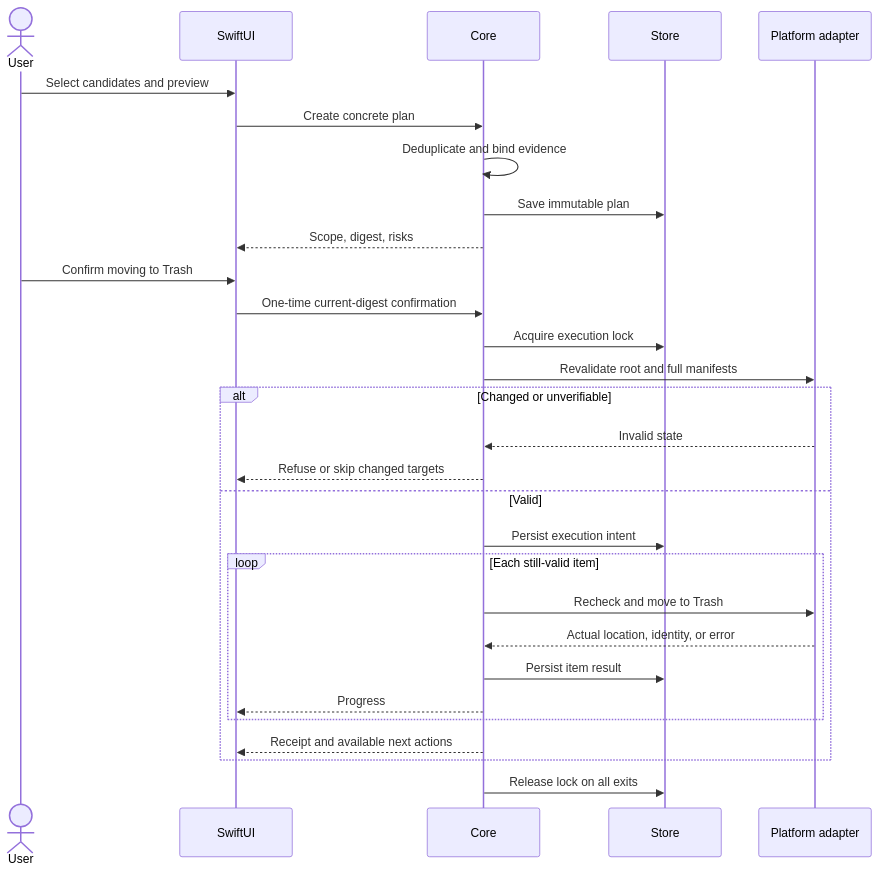
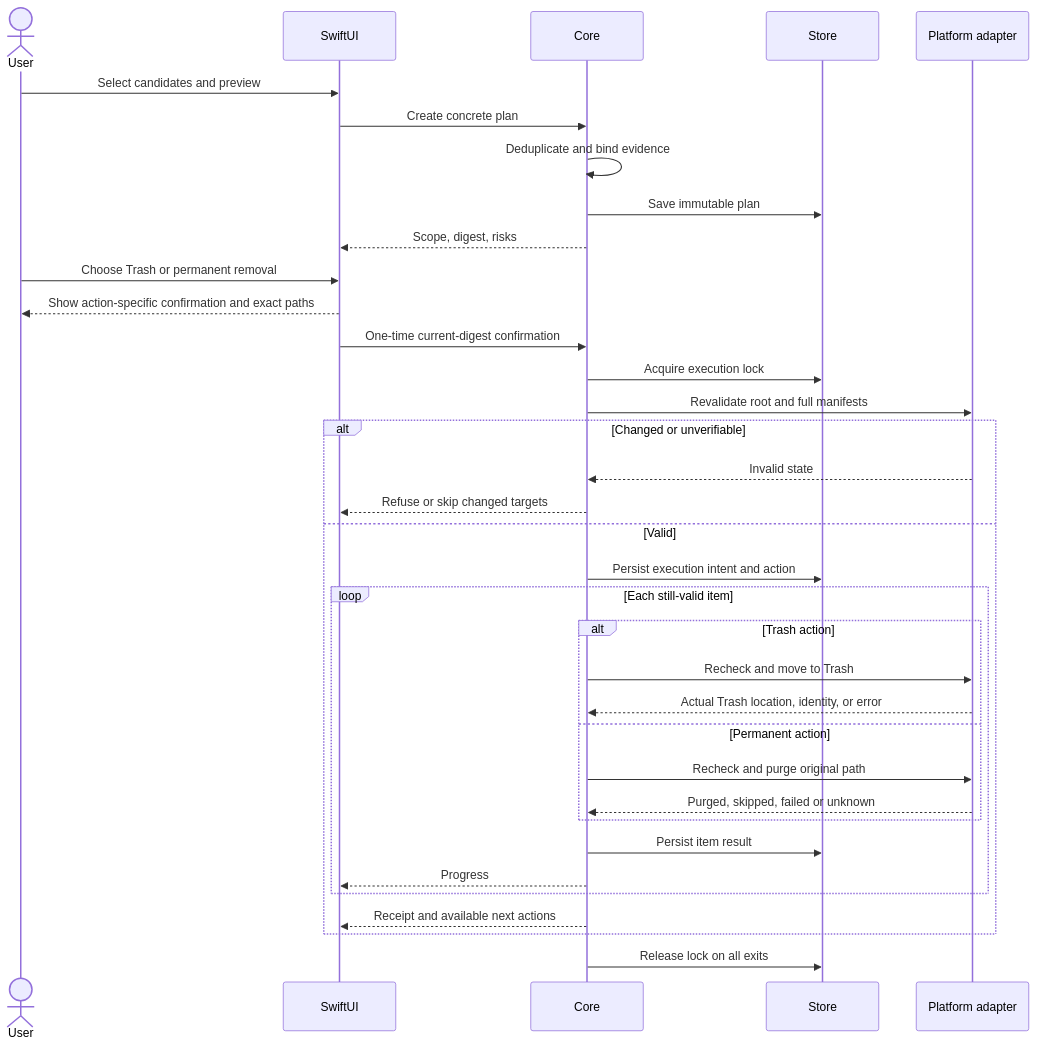
The fifth of 8 diagrams in docs/architecture/workflows-and-sequences.md (limecloud/shou), drawn with Mermaid before and after one commit. The commit also changed other lines of this file and 99 other files, not shown here.

````diff
--- a/docs/architecture/workflows-and-sequences.md
+++ b/docs/architecture/workflows-and-sequences.md
@@ -87,31 +122,37 @@
 ```mermaid
 sequenceDiagram
     actor User
     participant UI as SwiftUI
     participant Core
     participant Store
     participant FS as Platform adapter
     User->>UI: Select candidates and preview
     UI->>Core: Create concrete plan
     Core->>Core: Deduplicate and bind evidence
     Core->>Store: Save immutable plan
     Core-->>UI: Scope, digest, risks
-    User->>UI: Confirm moving to Trash
+    User->>UI: Choose Trash or permanent removal
+    UI-->>User: Show action-specific confirmation and exact paths
     UI->>Core: One-time current-digest confirmation
     Core->>Store: Acquire execution lock
     Core->>FS: Revalidate root and full manifests
     alt Changed or unverifiable
         FS-->>Core: Invalid state
         Core-->>UI: Refuse or skip changed targets
     else Valid
-        Core->>Store: Persist execution intent
+        Core->>Store: Persist execution intent and action
         loop Each still-valid item
-            Core->>FS: Recheck and move to Trash
-            FS-->>Core: Actual location, identity, or error
+            alt Trash action
+                Core->>FS: Recheck and move to Trash
+                FS-->>Core: Actual Trash location, identity, or error
+            else Permanent action
+                Core->>FS: Recheck and purge original path
+                FS-->>Core: Purged, skipped, failed or unknown
+            end
             Core->>Store: Persist item result
             Core-->>UI: Progress
         end
         Core-->>UI: Receipt and available next actions
     end
     Core->>Store: Release lock on all exits
 ```
````
